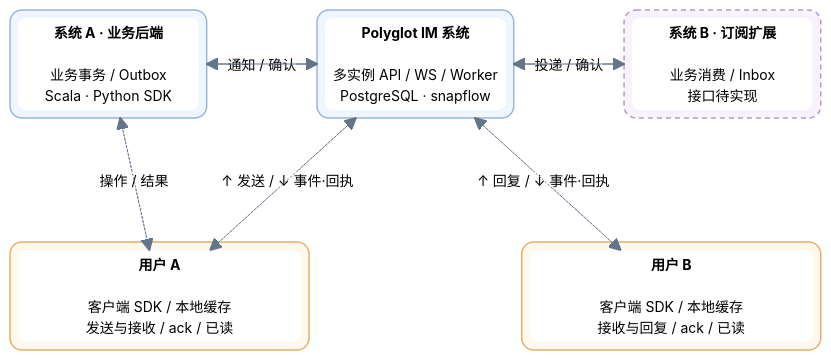
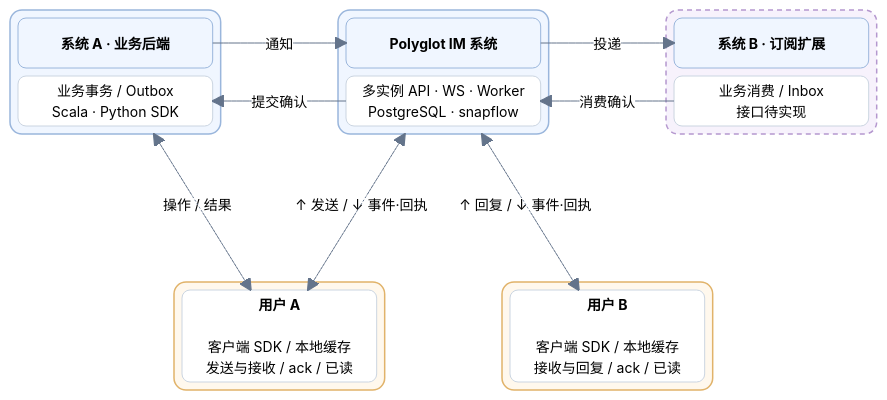
One commit to bitlap/polyglot-im changed the diagram in README.md. Above: the diagram before and after it, drawn with Mermaid. The commit also changed other lines of this file and 8 other files, not shown here.

````diff
--- a/README.md
+++ b/README.md
@@ -9,46 +9,53 @@
 ```mermaid
-%%{init: {"theme":"base","flowchart":{"curve":"stepBefore"},"themeVariables":{"fontSize":"14px","primaryColor":"#ffffff","primaryBorderColor":"#cbd5e1","primaryTextColor":"#1e293b","lineColor":"#64748b","edgeLabelBackground":"#ffffff"},"themeCSS":".edge-pattern-dotted { stroke: #d68a26 !important; stroke-width: 1.6px !important; stroke-dasharray: 5 7 !important; } .edge-pattern-solid { stroke: #64748b !important; stroke-width: 1.6px !important; } .edgeLabel rect { fill: #ffffff !important; opacity: 1 !important; rx: 5; ry: 5; } .block rect { rx: 10; ry: 10; }"}}%%
+%%{init: {"theme":"base","flowchart":{"curve":"stepAfter"},"themeVariables":{"fontSize":"14px","primaryColor":"#ffffff","primaryBorderColor":"#cbd5e1","primaryTextColor":"#1e293b","lineColor":"#64748b","edgeLabelBackground":"#ffffff"},"themeCSS":".edge-pattern-dotted { stroke: #d68a26 !important; stroke-width: 1.6px !important; stroke-dasharray: 5 7 !important; } .edge-pattern-solid { stroke: #64748b !important; stroke-width: 1.6px !important; } .edgeLabel rect { fill: #ffffff !important; opacity: 1 !important; rx: 5; ry: 5; } .block rect { rx: 10; ry: 10; } path[id$=\"-UA-IM\"] { transform: translateX(32px); } path[id$=\"-UB-IM\"] { transform: translateX(-32px); } path[id$=\"-UA-Business\"] { transform: translateX(-32px); }","block":{"padding":8}}}%%
 block-beta
-  columns 8
-  block:Business:2
+  columns 16
+  block:Business:4
     columns 1
-    SA["<b>系统 A · 业务后端</b><br/><br/>业务事务 / Outbox<br/>Scala · Python SDK"]
+    BusinessTitle["<b>系统 A · 业务后端</b>"]
+    SA["业务事务 / Outbox<br/>Scala · Python SDK"]
   end
-  space
-  block:IM:2
+  space:2
+  block:IM:4
     columns 1
-    API["<b>Polyglot IM 系统</b><br/><br/>多实例 API / WS / Worker<br/>PostgreSQL · snapflow"]
+    IMTitle["<b>Polyglot IM 系统</b>"]
+    API["多实例 API · WS · Worker<br/>PostgreSQL · snapflow"]
   end
-  space
-  block:Subscriber:2
+  space:2
+  block:Subscriber:4
     columns 1
-    SB["<b>系统 B · 订阅扩展</b><br/><br/>业务消费 / Inbox<br/>接口待实现"]
+    SubscriberTitle["<b>系统 B · 订阅扩展</b>"]
+    SB["业务消费 / Inbox<br/>接口待实现"]
   end
-  space:8
-  block:Alice:3
+  space:16
+  space:3
+  block:Alice:4
     columns 1
     UA["<b>用户 A</b><br/><br/>客户端 SDK / 本地缓存<br/>发送与接收 / ack / 已读"]
   end
   space:2
-  block:Bob:3
+  block:Bob:4
     columns 1
     UB["<b>用户 B</b><br/><br/>客户端 SDK / 本地缓存<br/>接收与回复 / ack / 已读"]
   end
-  Business -- "通知 / 确认" --> IM
-  IM --> Business
-  IM -- "投递 / 确认" --> Subscriber
-  Subscriber --> IM
+  space:3
+  BusinessTitle -- "通知" --> IMTitle
+  API -- "提交确认" --> SA
+  IMTitle -- "投递" --> SubscriberTitle
+  SB -- "消费确认" --> API
   IM -. "↑ 发送 / ↓ 事件·回执" .-> UA
   UA -.-> IM
   IM -. "↑ 回复 / ↓ 事件·回执" .-> UB
   UB -.-> IM
   Business -. "操作 / 结果" .-> UA
   UA -.-> Business
   style Business fill:#f0f6ff,stroke:#9ab6dc,stroke-width:1.5px,rx:12,ry:12
   style IM fill:#f0f6ff,stroke:#9ab6dc,stroke-width:1.5px,rx:12,ry:12
   style Subscriber fill:#f7f2fc,stroke:#b598cf,stroke-width:1.5px,stroke-dasharray:5 4,rx:12,ry:12
   style Alice fill:#fff8ed,stroke:#e1b36a,stroke-width:1.5px,rx:12,ry:12
   style Bob fill:#fff8ed,stroke:#e1b36a,stroke-width:1.5px,rx:12,ry:12
-  classDef component fill:#ffffff,stroke:none,color:#475569,rx:8,ry:8
+  classDef title fill:#f0f6ff,stroke:#9ab6dc,color:#1e3a5f,font-weight:bold,rx:8,ry:8
+  class BusinessTitle,IMTitle,SubscriberTitle title
+  classDef component fill:#ffffff,stroke:#cbd5e1,color:#475569,rx:8,ry:8
   class SA,API,SB,UA,UB component
 ```
````
